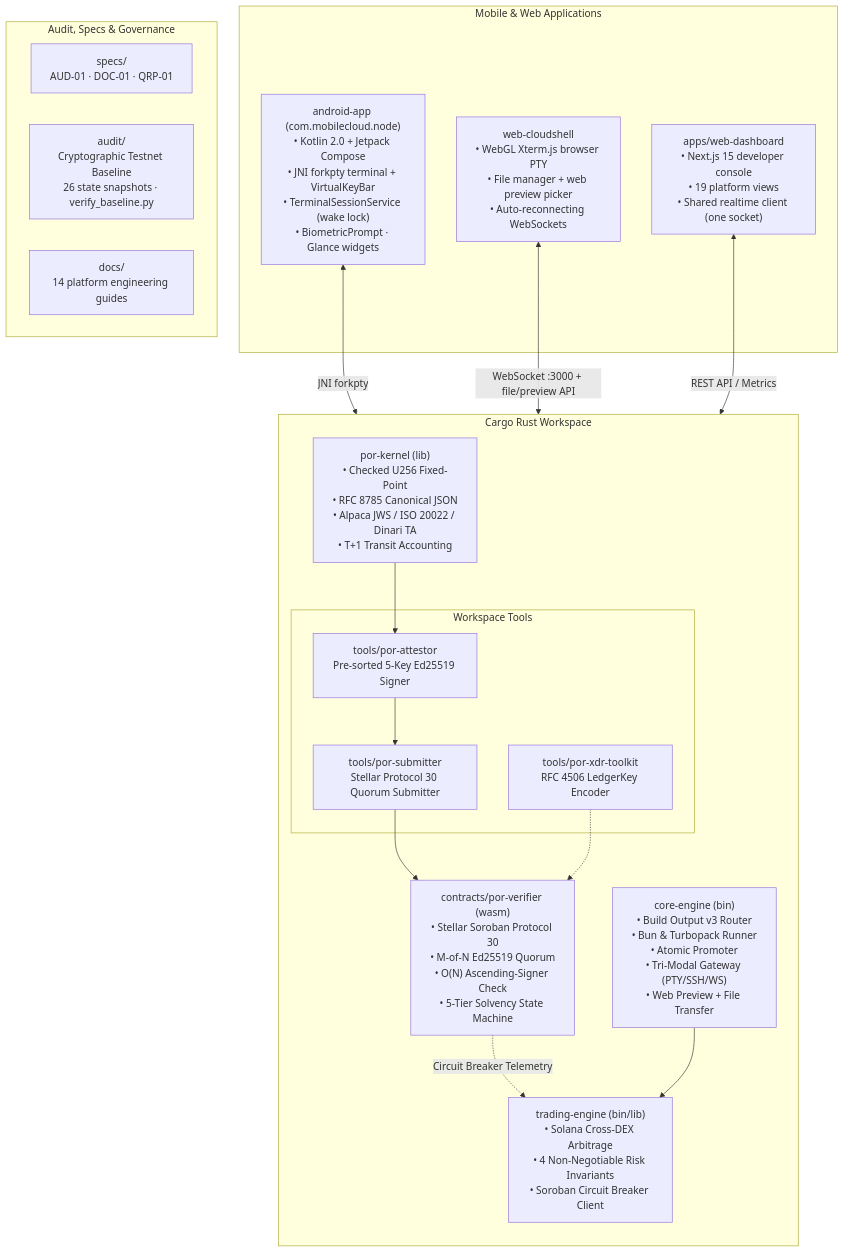
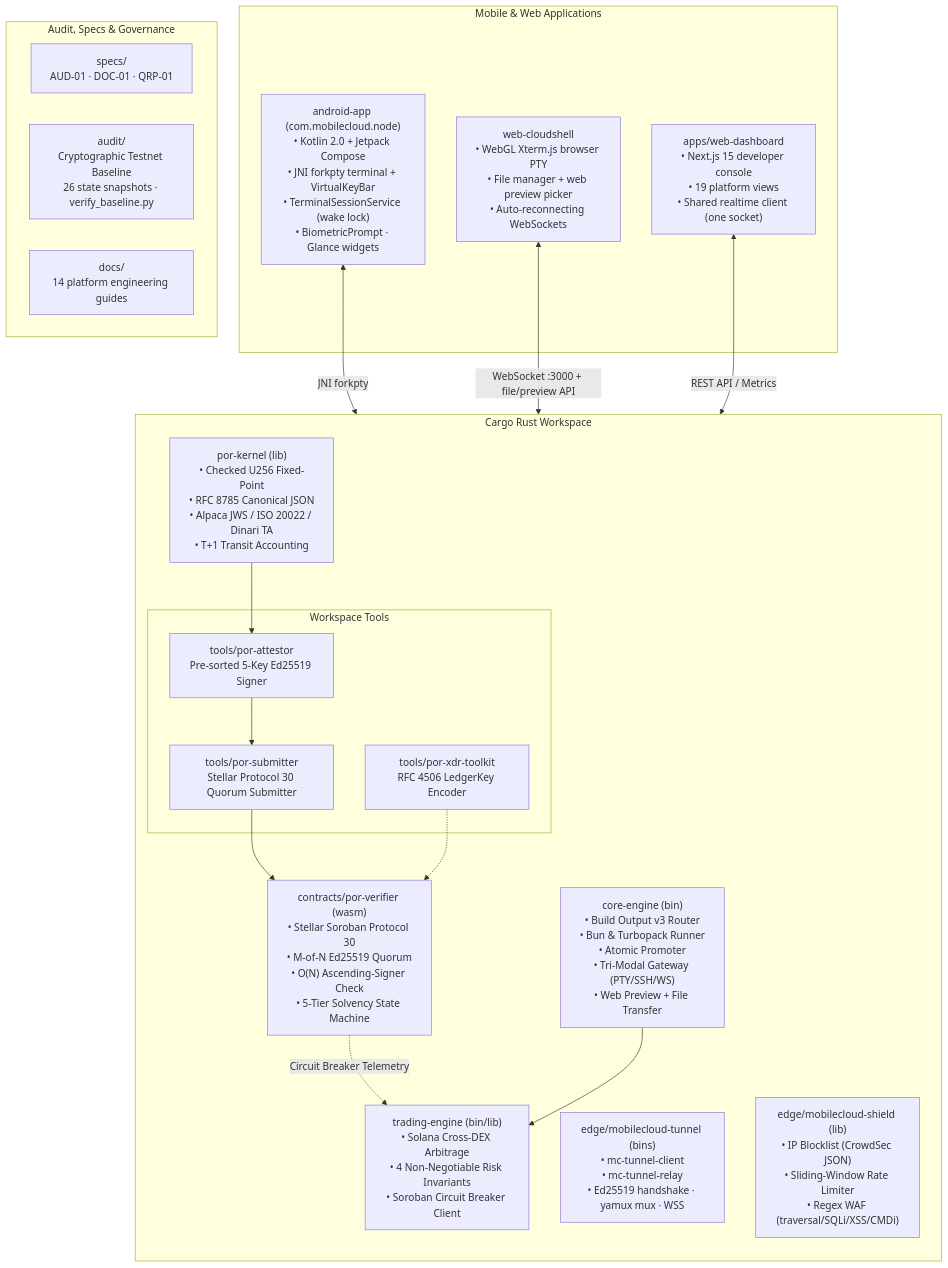
One commit to Ashutosh0x/mobilecloud-platform changed the third of 3 diagrams in README.md. Above: the diagram before and after it, drawn with Mermaid. The commit also changed other lines of this file and 25 other files, not shown here.

First line of the commit message:
feat(edge): add the yamux tunnel and edge shield crates

````diff
--- a/README.md
+++ b/README.md
@@ -316,38 +325,40 @@
 ```mermaid
 graph TD
     subgraph CargoWorkspace["Cargo Rust Workspace"]
         direction TB
         CORE["core-engine (bin)<br/>• Build Output v3 Router<br/>• Bun & Turbopack Runner<br/>• Atomic Promoter<br/>• Tri-Modal Gateway (PTY/SSH/WS)<br/>• Web Preview + File Transfer"]
         KERNEL["por-kernel (lib)<br/>• Checked U256 Fixed-Point<br/>• RFC 8785 Canonical JSON<br/>• Alpaca JWS / ISO 20022 / Dinari TA<br/>• T+1 Transit Accounting"]
         CONTRACT["contracts/por-verifier (wasm)<br/>• Stellar Soroban Protocol 30<br/>• M-of-N Ed25519 Quorum<br/>• O(N) Ascending-Signer Check<br/>• 5-Tier Solvency State Machine"]
         TRADING["trading-engine (bin/lib)<br/>• Solana Cross-DEX Arbitrage<br/>• 4 Non-Negotiable Risk Invariants<br/>• Soroban Circuit Breaker Client"]
+        TUNNEL["edge/mobilecloud-tunnel (bins)<br/>• mc-tunnel-client<br/>• mc-tunnel-relay<br/>• Ed25519 handshake · yamux mux · WSS"]
+        SHIELD["edge/mobilecloud-shield (lib)<br/>• IP Blocklist (CrowdSec JSON)<br/>• Sliding-Window Rate Limiter<br/>• Regex WAF (traversal/SQLi/XSS/CMDi)"]
 
         subgraph Tools["Workspace Tools"]
             ATTESTOR["tools/por-attestor<br/>Pre-sorted 5-Key Ed25519 Signer"]
             SUBMITTER["tools/por-submitter<br/>Stellar Protocol 30 Quorum Submitter"]
             XDRTOOL["tools/por-xdr-toolkit<br/>RFC 4506 LedgerKey Encoder"]
         end
     end
 
     subgraph AppPlane["Mobile & Web Applications"]
         ANDROID["android-app (com.mobilecloud.node)<br/>• Kotlin 2.0 + Jetpack Compose<br/>• JNI forkpty terminal + VirtualKeyBar<br/>• TerminalSessionService (wake lock)<br/>• BiometricPrompt · Glance widgets"]
         DASHBOARD["apps/web-dashboard<br/>• Next.js 15 developer console<br/>• 19 platform views<br/>• Shared realtime client (one socket)"]
         CLOUDSHELL["web-cloudshell<br/>• WebGL Xterm.js browser PTY<br/>• File manager + web preview picker<br/>• Auto-reconnecting WebSockets"]
     end
 
     subgraph ConfigAudit["Audit, Specs & Governance"]
         SPECS["specs/<br/>AUD-01 · DOC-01 · QRP-01"]
         AUDIT["audit/<br/>Cryptographic Testnet Baseline<br/>26 state snapshots · verify_baseline.py"]
         DOCS["docs/<br/>14 platform engineering guides"]
     end
 
     KERNEL --> ATTESTOR
     ATTESTOR --> SUBMITTER
     SUBMITTER --> CONTRACT
     XDRTOOL -.-> CONTRACT
     CONTRACT -.->|Circuit Breaker Telemetry| TRADING
     ANDROID <-->|JNI forkpty| CORE
     CLOUDSHELL <-->|WebSocket :3000 + file/preview API| CORE
     DASHBOARD <-->|REST API / Metrics| CORE
     CORE --> TRADING
 ```
````
